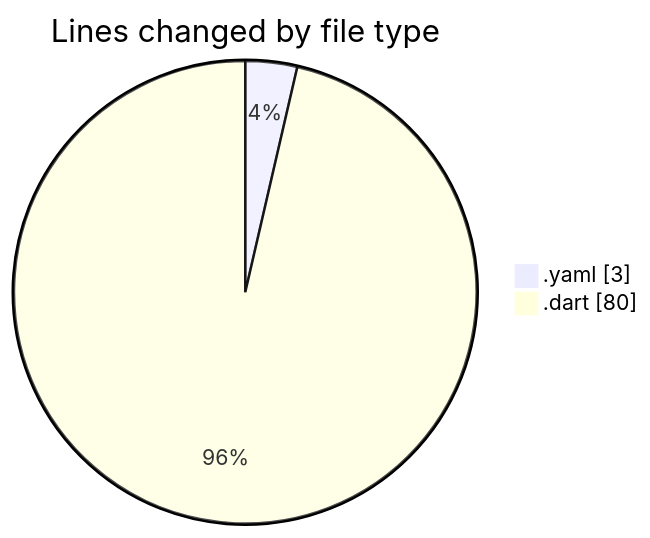
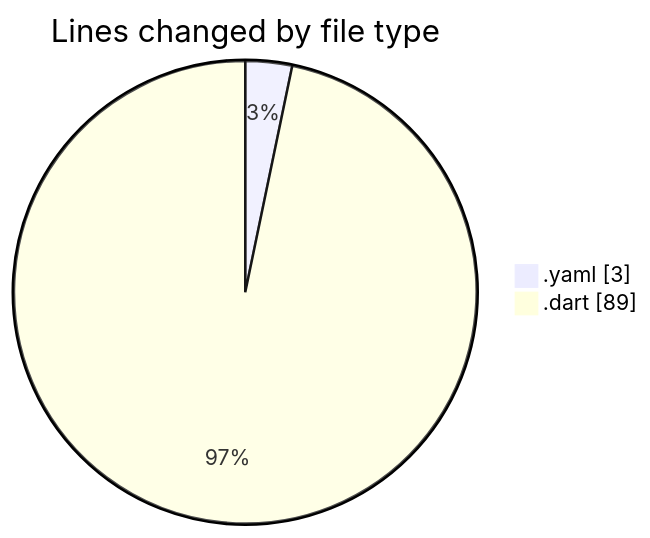
One commit to donsfak/code-tracking changed the first of 2 diagrams in 2025-02-27/drivers_app/README.md. Above: the diagram before and after it, drawn with Mermaid. The commit also changed other lines of this file and 1 other file, not shown here.

````diff
--- a/2025-02-27/drivers_app/README.md
+++ b/2025-02-27/drivers_app/README.md
@@ -21,6 +22,6 @@
 ```mermaid
 pie showData
 title Lines changed by file type
 ".yaml" : 3
-".dart" : 80
+".dart" : 89
 ```
````
